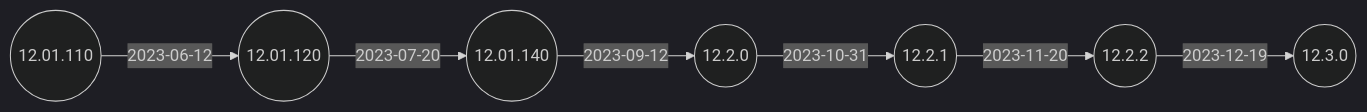
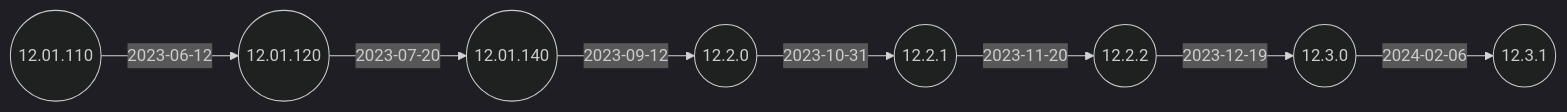
One commit to IGEL-Community/IGEL-Docs-v02 changed the second of 2 diagrams in docs/Docs/ReleaseNotes/04-OS12/README.md. Above: the diagram before and after it, drawn with Mermaid (dark theme). The commit also changed 2 other files, not shown here.

Commit message:
12.3.1 < 12.3/0

````diff
--- a/docs/Docs/ReleaseNotes/04-OS12/README.md
+++ b/docs/Docs/ReleaseNotes/04-OS12/README.md
@@ -33,16 +33,18 @@
 ```mermaid
 flowchart LR
+    12.3.0-- 2024-02-06 -->12.3.1((12.3.1))
     12.2.2-- 2023-12-19 -->12.3.0((12.3.0))
     12.2.1-- 2023-11-20 -->12.2.2((12.2.2))
     12.2.0-- 2023-10-31 -->12.2.1((12.2.1))
     12.01.140-- 2023-09-12 -->12.2.0((12.2.0))
     12.01.120-- 2023-07-20 -->12.01.140((12.01.140))
     12.01.110((12.01.110))-- 2023-06-12 -->12.01.120((12.01.120))
+    click 12.3.1 "https://github.com/IGEL-Community/IGEL-Docs-v02/tree/main/docs/Docs/ReleaseNotes/04-OS12/readme12.3.1.txt" _blank
     click 12.3.0 "https://github.com/IGEL-Community/IGEL-Docs-v02/tree/main/docs/Docs/ReleaseNotes/04-OS12/readme12.3.0.txt" _blank
     click 12.2.2 "https://github.com/IGEL-Community/IGEL-Docs-v02/tree/main/docs/Docs/ReleaseNotes/04-OS12/readme12.2.2.txt" _blank
     click 12.2.1 "https://github.com/IGEL-Community/IGEL-Docs-v02/tree/main/docs/Docs/ReleaseNotes/04-OS12/readme12.2.1.txt" _blank
     click 12.2.0 "https://github.com/IGEL-Community/IGEL-Docs-v02/tree/main/docs/Docs/ReleaseNotes/04-OS12/readme12.2.0.txt" _blank
     click 12.01.140 "https://github.com/IGEL-Community/IGEL-Docs-v02/tree/main/docs/Docs/ReleaseNotes/04-OS12/readme12.01.140.1.txt" _blank
     click 12.01.120 "https://github.com/IGEL-Community/IGEL-Docs-v02/tree/main/docs/Docs/ReleaseNotes/04-OS12/readme12.01.120.1.txt" _blank
     click 12.01.110 "https://github.com/IGEL-Community/IGEL-Docs-v02/tree/main/docs/Docs/ReleaseNotes/04-OS12/readme12.01.110.1.txt" _blank
 ```
````
